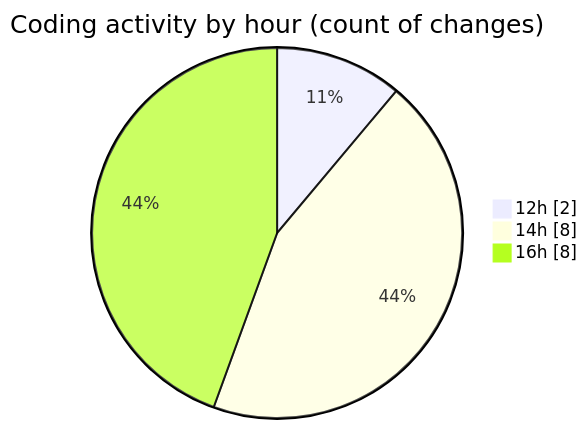
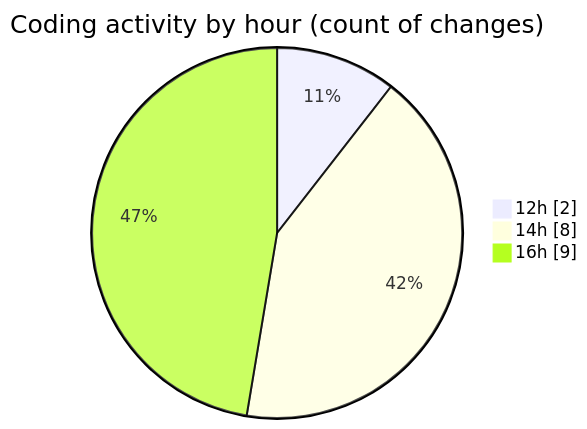
One commit to nxtqubesakshisongat/code-tracking changed the second of 2 diagrams in 2026-04-07/airfeed-analytics-dashboard/README.md. Above: the diagram before and after it, drawn with Mermaid. The commit also changed other lines of this file and 1 other file, not shown here.

````diff
--- a/2026-04-07/airfeed-analytics-dashboard/README.md
+++ b/2026-04-07/airfeed-analytics-dashboard/README.md
@@ -36,7 +36,7 @@
 ```mermaid
 pie showData
 title Coding activity by hour (count of changes)
 "12h" : 2
 "14h" : 8
-"16h" : 8
+"16h" : 9
 ```
````
